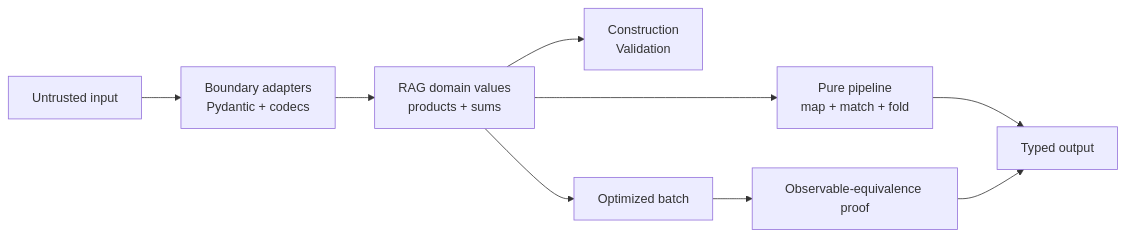
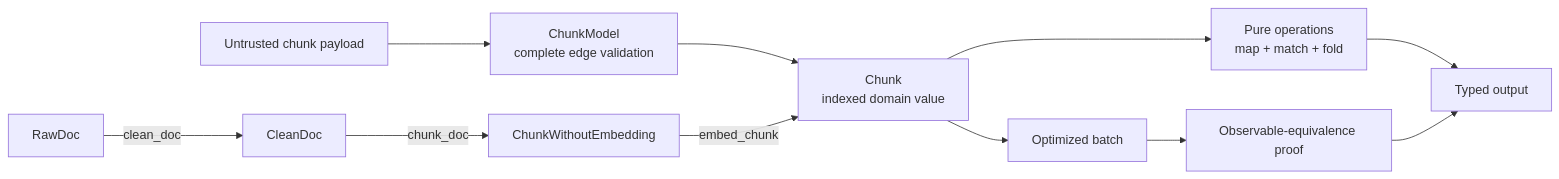
One commit to bijux/bijux-masterclass changed the diagram in programs/python-programming/python-functional-programming/course-book/module-05-algebraic-data-modelling-validation/capstone-delta.md. Above: the diagram before and after it, drawn with Mermaid. The commit also changed other lines of this file, not shown here.

````diff
--- a/programs/python-programming/python-functional-programming/course-book/module-05-algebraic-data-modelling-validation/capstone-delta.md
+++ b/programs/python-programming/python-functional-programming/course-book/module-05-algebraic-data-modelling-validation/capstone-delta.md
@@ -30,11 +31,13 @@
 ```mermaid
 flowchart LR
-  input["Untrusted input"] --> adapters["Boundary adapters\nPydantic + codecs"]
-  adapters --> model["RAG domain values\nproducts + sums"]
-  model --> validate["Construction\nValidation"]
-  model --> operate["Pure pipeline\nmap + match + fold"]
+  input["Untrusted chunk payload"] --> adapters["ChunkModel\ncomplete edge validation"]
+  adapters --> indexed["Chunk\nindexed domain value"]
+  raw["RawDoc"] -->|clean_doc| clean["CleanDoc"]
+  clean -->|chunk_doc| prepared["ChunkWithoutEmbedding"]
+  prepared -->|embed_chunk| indexed
+  indexed --> operate["Pure operations\nmap + match + fold"]
   operate --> output["Typed output"]
-  model --> optimized["Optimized batch"]
+  indexed --> optimized["Optimized batch"]
   optimized --> proof["Observable-equivalence proof"]
   proof --> output
 ```
````
